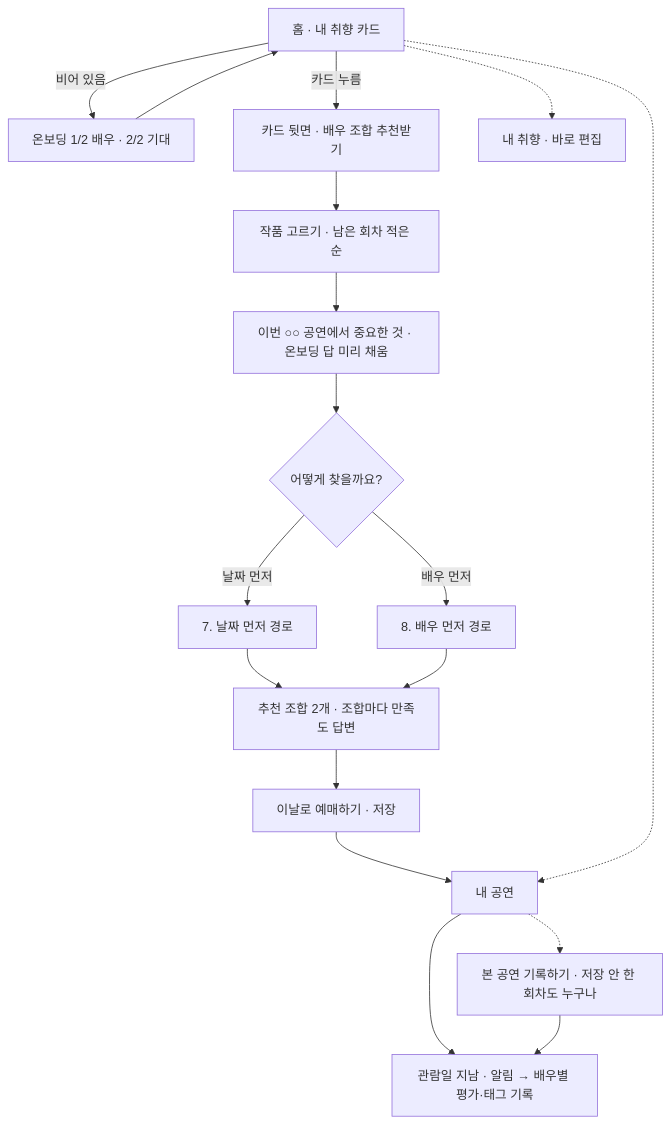
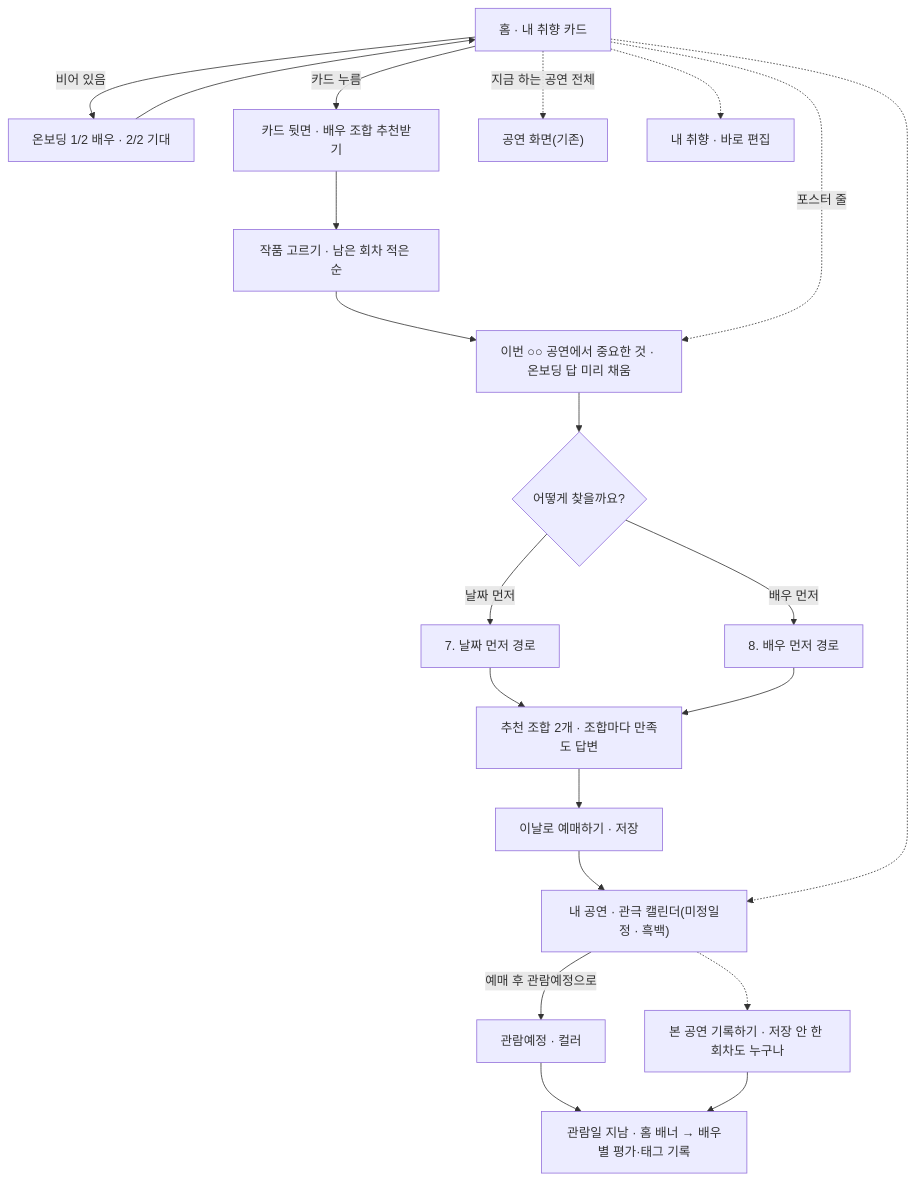
The first of 8 diagrams in docs/261027_2_MVP_사용자흐름.md (2ma1995/pickle-src), drawn with Mermaid before and after one commit. The commit also changed other lines of this file and 2 other files, not shown here.

First line of the commit message:
관람 후 '어땠어요?'는 관람예정 일정만, MVP 사용자 흐름 문서 v1.2

````diff
--- a/docs/261027_2_MVP_사용자흐름.md
+++ b/docs/261027_2_MVP_사용자흐름.md
@@ -105,20 +117,23 @@
 ```mermaid
 flowchart TD
     HOME["홈 · 내 취향 카드"] -->|비어 있음| ONB["온보딩 1/2 배우 · 2/2 기대"]
     ONB --> HOME
     HOME -->|카드 누름| BACK["카드 뒷면 · 배우 조합 추천받기"]
     BACK --> WORK["작품 고르기 · 남은 회차 적은 순"]
     WORK --> WT["이번 ○○ 공연에서 중요한 것 · 온보딩 답 미리 채움"]
     WT --> MODE{"어떻게 찾을까요?"}
     MODE -->|날짜 먼저| DATE["7. 날짜 먼저 경로"]
     MODE -->|배우 먼저| ACTOR["8. 배우 먼저 경로"]
     DATE --> RESULT["추천 조합 2개 · 조합마다 만족도 답변"]
     ACTOR --> RESULT
     RESULT --> SAVE["이날로 예매하기 · 저장"]
-    SAVE --> SHOWS["내 공연"]
-    SHOWS --> AFTER["관람일 지남 · 알림 → 배우별 평가·태그 기록"]
+    SAVE --> SHOWS["내 공연 · 관극 캘린더(미정일정 · 흑백)"]
+    SHOWS -->|예매 후 관람예정으로| BOOKED["관람예정 · 컬러"]
+    BOOKED --> AFTER["관람일 지남 · 홈 배너 → 배우별 평가·태그 기록"]
     SHOWS -.-> LOG["본 공연 기록하기 · 저장 안 한 회차도 누구나"]
     LOG --> AFTER
     HOME -.-> SHOWS
+    HOME -.->|포스터 줄| WT
+    HOME -.->|지금 하는 공연 전체| SHOW["공연 화면(기존)"]
     HOME -.-> TASTE["내 취향 · 바로 편집"]
 ```
````
